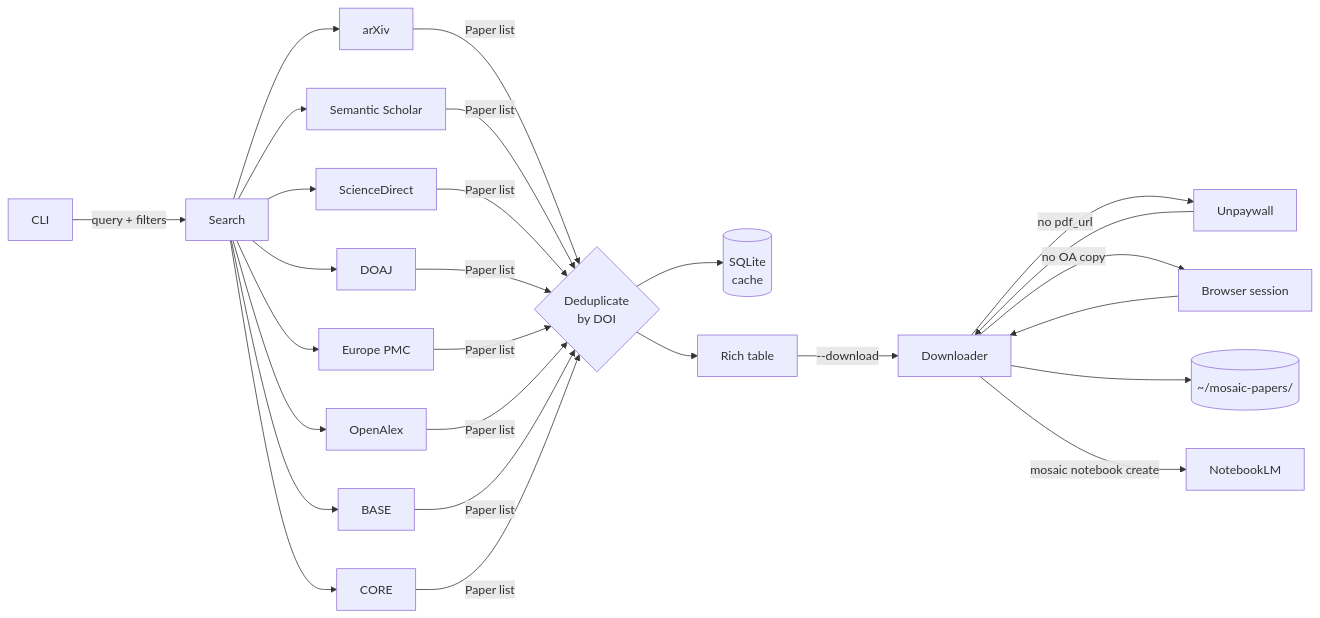
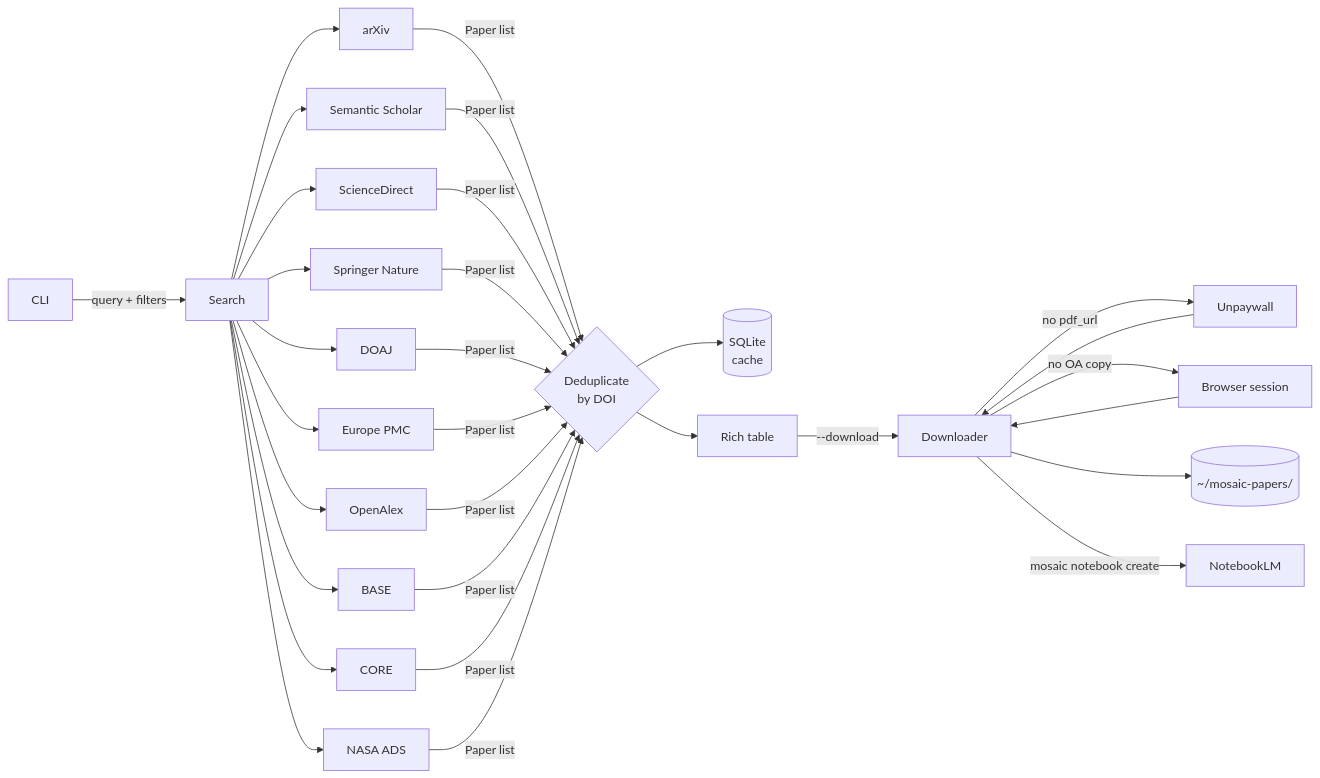
The diagram in README.md (szaghi/mosaic), drawn with Mermaid before and after one commit. The commit also changed other lines of this file and 2 other files, not shown here.

Commit message:
docs: sync source lists in README, docs/index.md, and CLAUDE.md

````diff
--- a/README.md
+++ b/README.md
@@ -229,15 +231,15 @@
 ```mermaid
 flowchart LR
     CLI -->|query + filters| Search
-    Search --> arXiv & SS[Semantic Scholar] & SD[ScienceDirect] & DOAJ & EPMC[Europe PMC] & OA[OpenAlex] & BASE & CORE
-    arXiv & SS & SD & DOAJ & EPMC & OA & BASE & CORE -->|Paper list| Dedup{Deduplicate\nby DOI}
+    Search --> arXiv & SS[Semantic Scholar] & SD[ScienceDirect] & SP[Springer Nature] & DOAJ & EPMC[Europe PMC] & OA[OpenAlex] & BASE & CORE & ADS[NASA ADS]
+    arXiv & SS & SD & SP & DOAJ & EPMC & OA & BASE & CORE & ADS -->|Paper list| Dedup{Deduplicate\nby DOI}
     Dedup --> Cache[(SQLite\ncache)]
     Dedup --> Table[Rich table]
     Table -->|--download| DL[Downloader]
     DL -->|no pdf_url| UPW[Unpaywall]
     UPW --> DL
     DL -->|no OA copy| AUTH[Browser session]
     AUTH --> DL
     DL --> Disk[(~/mosaic-papers/)]
     DL -->|mosaic notebook create| NLM[NotebookLM]
 ```
````
